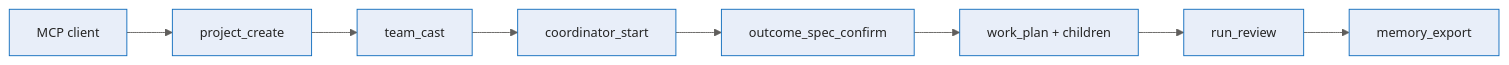
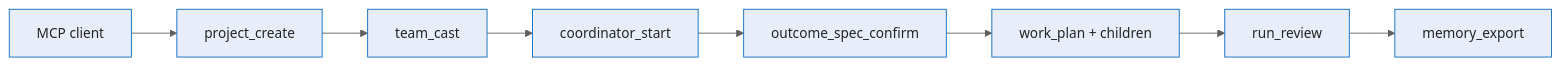
The third of 3 diagrams in docs/guide/example-scenarios.md (sabbour/agentweaver), drawn with Mermaid before and after one commit. The commit also changed other lines of this file and 18 other files, not shown here.

First line of the commit message:
docs: fix Mermaid legibility and dark-mode rendering

````diff
--- a/docs/guide/example-scenarios.md
+++ b/docs/guide/example-scenarios.md
@@ -168,14 +168,14 @@
 ```mermaid
-%%{init: {'theme':'base','themeVariables':{'fontFamily':'Segoe UI, system-ui, -apple-system, sans-serif','fontSize':'14px','primaryColor':'#E8EEF9','primaryBorderColor':'#0F6CBD','primaryTextColor':'#242424','lineColor':'#605E5C','edgeLabelBackground':'#FFFFFF'}}}%%
+%%{init: {'theme':'base','themeVariables':{'fontFamily':'Segoe UI, system-ui, -apple-system, sans-serif','fontSize':'15px','primaryColor':'#E8EEF9','primaryBorderColor':'#0F6CBD','primaryTextColor':'#242424','lineColor':'#605E5C','edgeLabelBackground':'#FFFFFF'}}}%%
 flowchart LR
     C[MCP client] --> P[project_create]
     P --> T[team_cast]
     T --> O[coordinator_start]
     O --> SP[outcome_spec_confirm]
     SP --> W[work_plan + children]
     W --> RV[run_review]
     RV --> MEM[memory_export]
 
     classDef tool fill:#E8EEF9,stroke:#0F6CBD,stroke-width:1px,color:#242424;
     class C,P,T,O,SP,W,RV,MEM tool;
 ```
````
